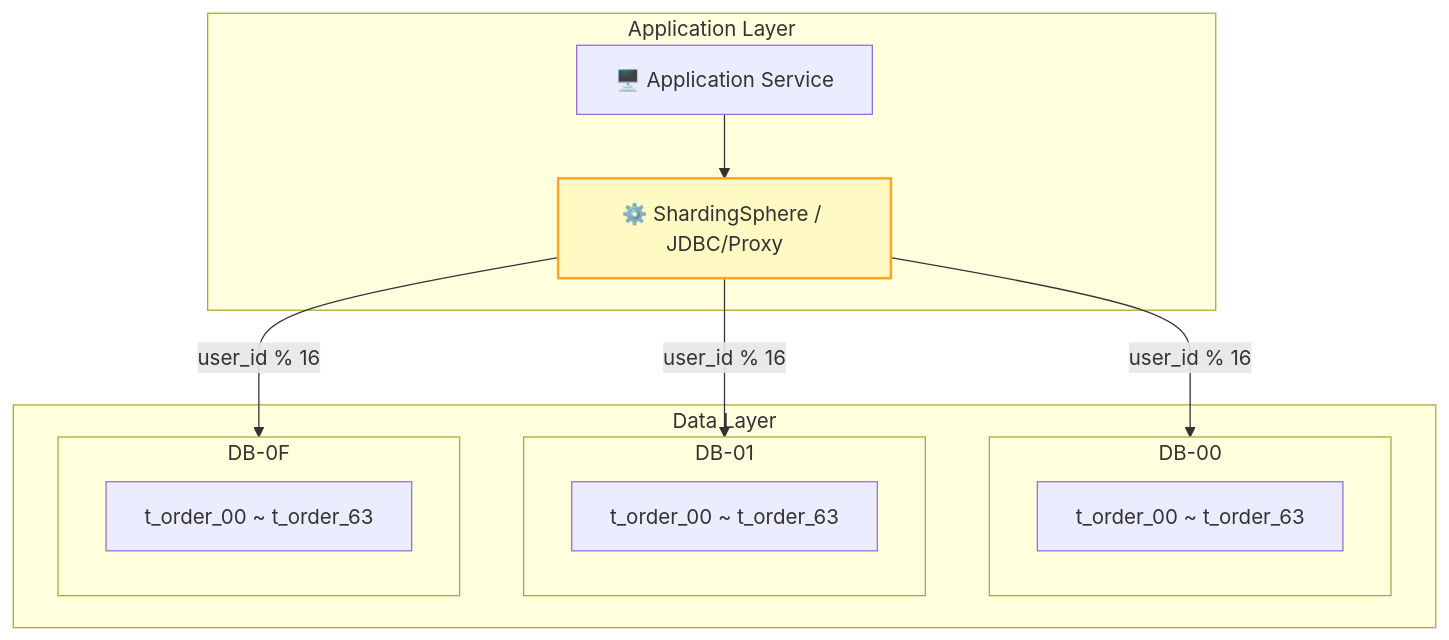
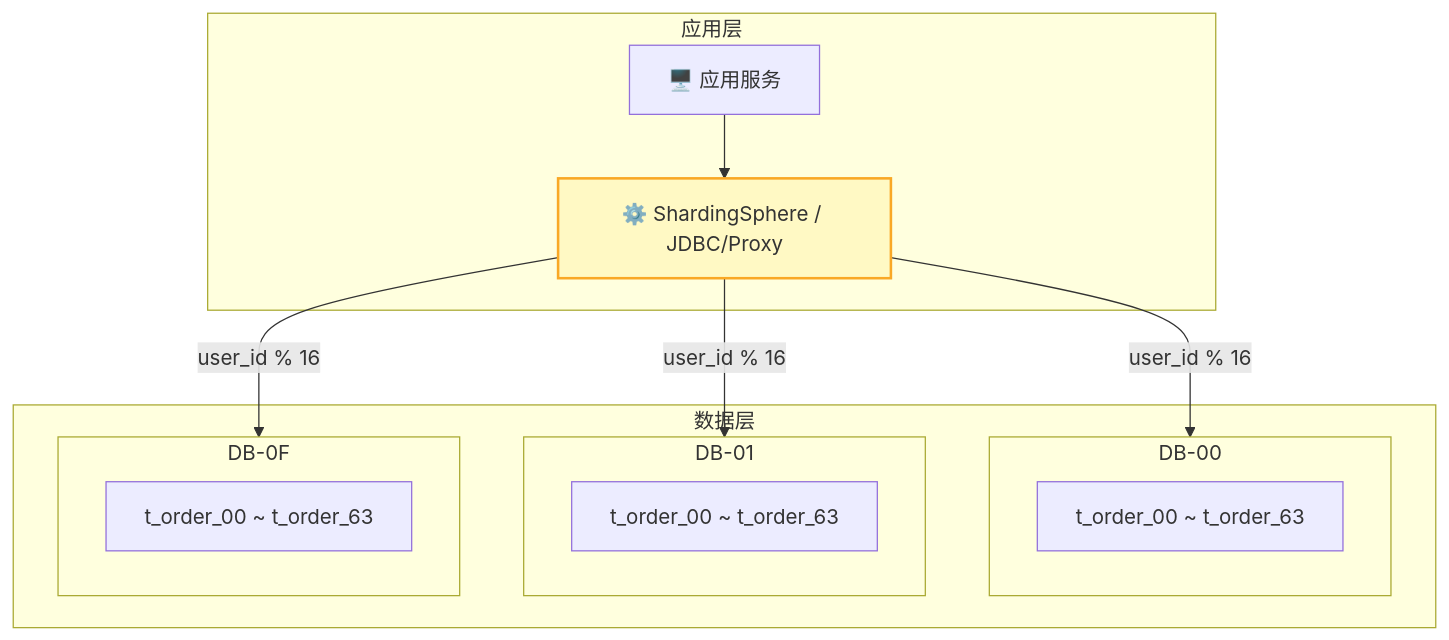
Before and after one commit to Kirky-X/cangjie: the sixth of 11 diagrams in templates/Product/Technology/Template-DB-Design.md, drawn with Mermaid. The commit also changed other lines of this file and 33 other files, not shown here.

````diff
--- a/templates/Product/Technology/Template-DB-Design.md
+++ b/templates/Product/Technology/Template-DB-Design.md
@@ -420,26 +420,26 @@
 ```mermaid
 graph TB
-    subgraph Application Layer
-        APP[🖥️ Application Service]
+    subgraph 应用层
+        APP[🖥️ 应用服务]
         SS[⚙️ ShardingSphere / JDBC/Proxy]
     end
 
-    subgraph Data Layer
+    subgraph 数据层
         subgraph DB-00
             T00[t_order_00 ~ t_order_63]
         end
         subgraph DB-01
             T01[t_order_00 ~ t_order_63]
         end
         subgraph DB-0F
             T0F[t_order_00 ~ t_order_63]
         end
     end
 
     APP --> SS
     SS -->|user_id % 16| DB-00
     SS -->|user_id % 16| DB-01
     SS -->|user_id % 16| DB-0F
 
     style SS fill:#fff9c4,stroke:#f9a825,stroke-width:2px
 ```
````
